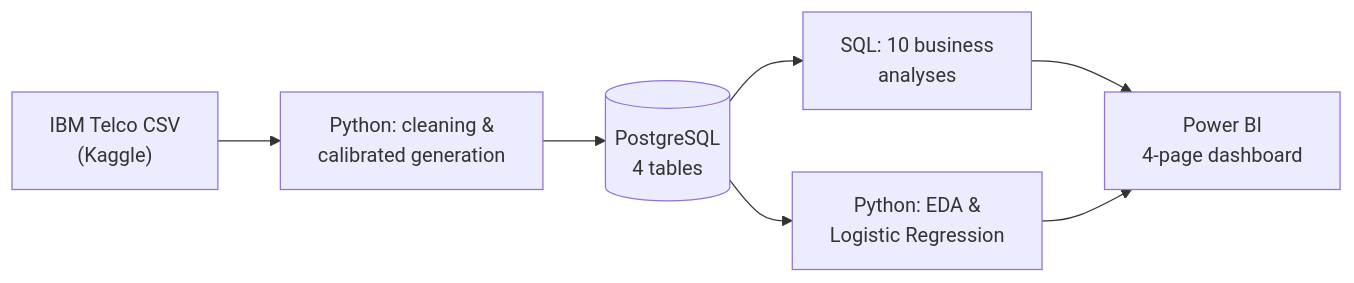
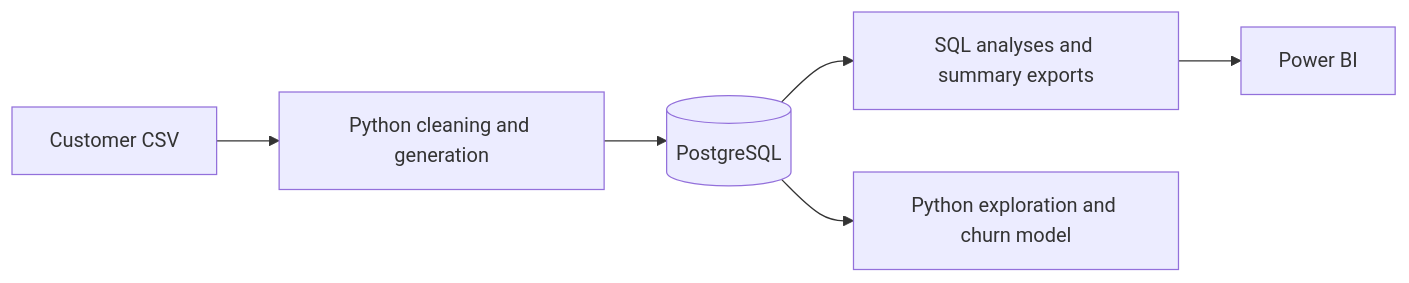
One commit to Ha-r-i/PoductPulse changed the first of 2 diagrams in README.md. Above: the diagram before and after it, drawn with Mermaid. The commit also changed other lines of this file and 9 other files, not shown here.

````diff
--- a/README.md
+++ b/README.md
@@ -82,9 +64,8 @@
 ```mermaid
 flowchart LR
-    A["IBM Telco CSV<br/>(Kaggle)"] --> B["Python: cleaning &<br/>calibrated generation"]
-    B --> C[("PostgreSQL<br/>4 tables")]
-    C --> D["SQL: 10 business<br/>analyses"]
-    C --> E["Python: EDA &<br/>Logistic Regression"]
-    D --> F["Power BI<br/>4-page dashboard"]
-    E --> F
+    A[Customer CSV] --> B[Python cleaning and generation]
+    B --> C[(PostgreSQL)]
+    C --> D[SQL analyses and summary exports]
+    C --> E[Python exploration and churn model]
+    D --> F[Power BI]
 ```
````
